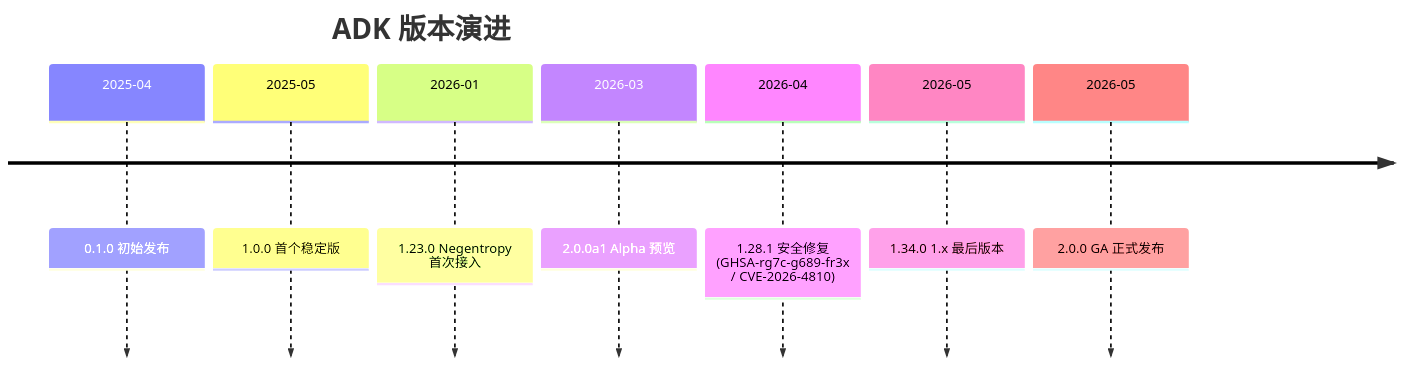
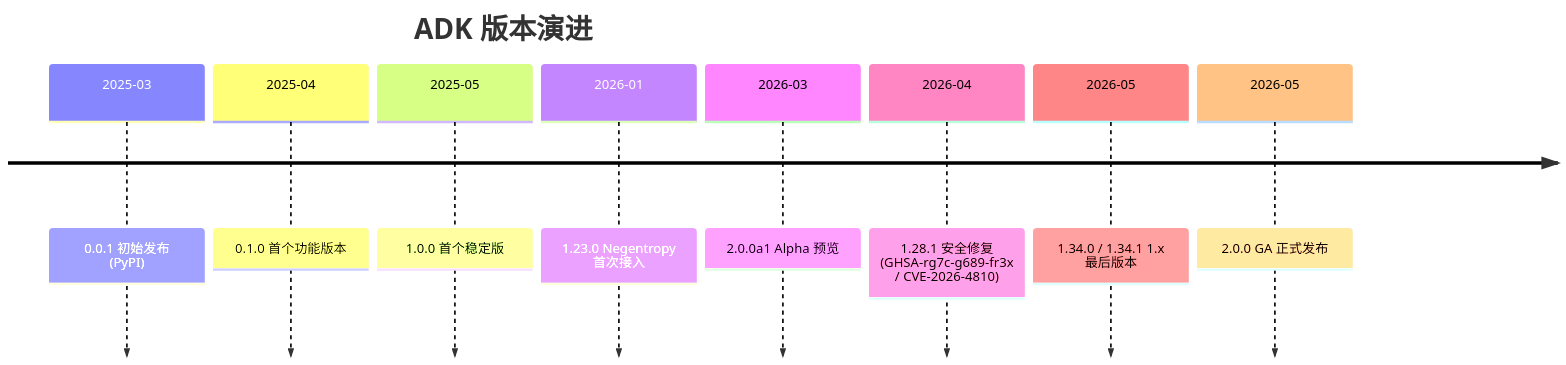
One commit to ThreeFish-AI/negentropy changed the first of 5 diagrams in docs/research/020b-adk-2.0-upgrade.md. Above: the diagram before and after it, drawn with Mermaid. The commit also changed other lines of this file and 8 other files, not shown here.

````diff
--- a/docs/research/020b-adk-2.0-upgrade.md
+++ b/docs/research/020b-adk-2.0-upgrade.md
@@ -29,11 +29,12 @@
 ```mermaid
 timeline
     title ADK 版本演进
-    2025-04 : 0.1.0 初始发布
+    2025-03 : 0.0.1 初始发布 (PyPI)
+    2025-04 : 0.1.0 首个功能版本
     2025-05 : 1.0.0 首个稳定版
     2026-01 : 1.23.0 Negentropy 首次接入
     2026-03 : 2.0.0a1 Alpha 预览
     2026-04 : 1.28.1 安全修复 (GHSA-rg7c-g689-fr3x / CVE-2026-4810)
-    2026-05 : 1.34.0 1.x 最后版本
+    2026-05 : 1.34.0 / 1.34.1 1.x 最后版本
     2026-05 : 2.0.0 GA 正式发布
 ```
````
